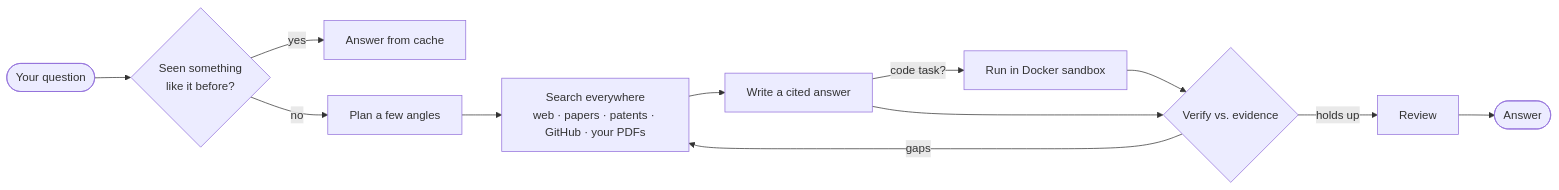
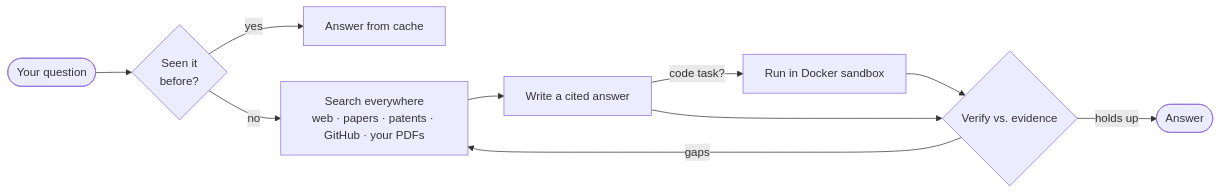
The diagram in README.md (anistondeveloperteam-ANT/Audio-research-assistant), drawn with Mermaid before and after one commit. The commit also changed other lines of this file, not shown here.

````diff
--- a/README.md
+++ b/README.md
@@ -68,13 +77,12 @@
 ```mermaid
 flowchart LR
-    Q([Your question]) --> M{Seen something<br/>like it before?}
+    Q([Your question]) --> M{Seen it<br/>before?}
     M -- yes --> C[Answer from cache]
-    M -- no --> P[Plan a few angles]
-    P --> S[Search everywhere<br/>web · papers · patents · GitHub · your PDFs]
+    M -- no --> S[Search everywhere<br/>web · papers · patents · GitHub · your PDFs]
     S --> W[Write a cited answer]
     W -- code task? --> D[Run in Docker sandbox]
     D --> V
     W --> V{Verify vs. evidence}
     V -- gaps --> S
-    V -- holds up --> R[Review] --> A([Answer])
+    V -- holds up --> A([Answer])
 ```
````
